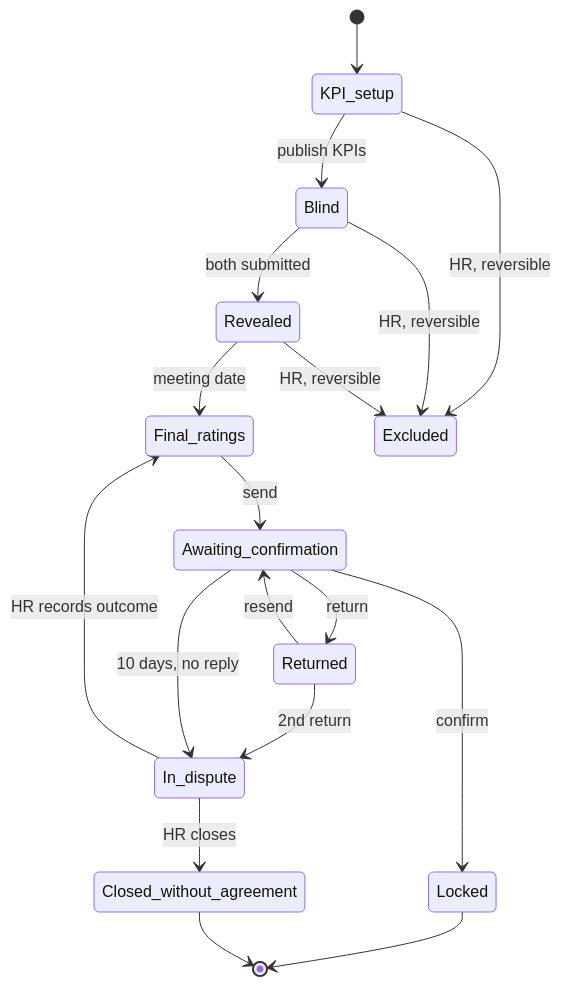
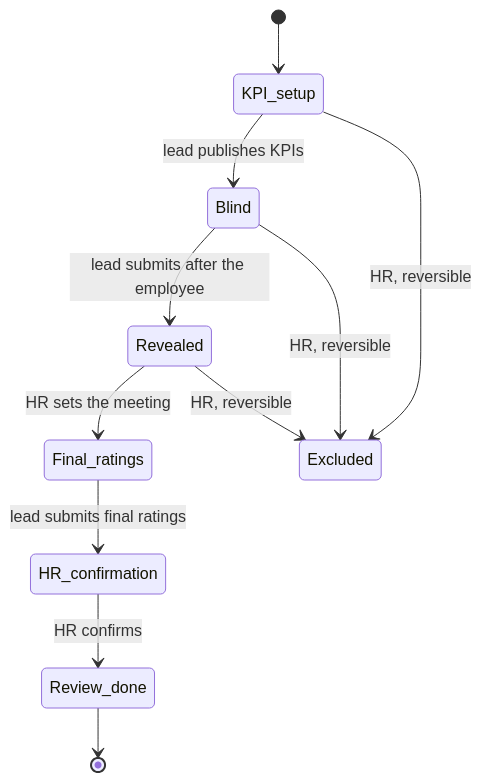
The second of 2 diagrams in DESIGN.md (GHDilini/HR-evaluation-Sytem), drawn with Mermaid before and after one commit. The commit also changed other lines of this file and 1 other file, not shown here.

First line of the commit message:
docs(design): align DESIGN with the prototype flow

````diff
--- a/DESIGN.md
+++ b/DESIGN.md
@@ -476,20 +542,13 @@
 ```mermaid
 stateDiagram-v2
   [*] --> KPI_setup
-  KPI_setup --> Blind: publish KPIs
-  Blind --> Revealed: both submitted
-  Revealed --> Final_ratings: meeting date
-  Final_ratings --> Awaiting_confirmation: send
-  Awaiting_confirmation --> Locked: confirm
-  Awaiting_confirmation --> Returned: return
-  Returned --> Awaiting_confirmation: resend
-  Returned --> In_dispute: 2nd return
-  Awaiting_confirmation --> In_dispute: 10 days, no reply
-  In_dispute --> Final_ratings: HR records outcome
-  In_dispute --> Closed_without_agreement: HR closes
+  KPI_setup --> Blind: lead publishes KPIs
+  Blind --> Revealed: lead submits after the employee
+  Revealed --> Final_ratings: HR sets the meeting
+  Final_ratings --> HR_confirmation: lead submits final ratings
+  HR_confirmation --> Review_done: HR confirms
   KPI_setup --> Excluded: HR, reversible
   Blind --> Excluded: HR, reversible
   Revealed --> Excluded: HR, reversible
-  Locked --> [*]
-  Closed_without_agreement --> [*]
+  Review_done --> [*]
 ```
````
